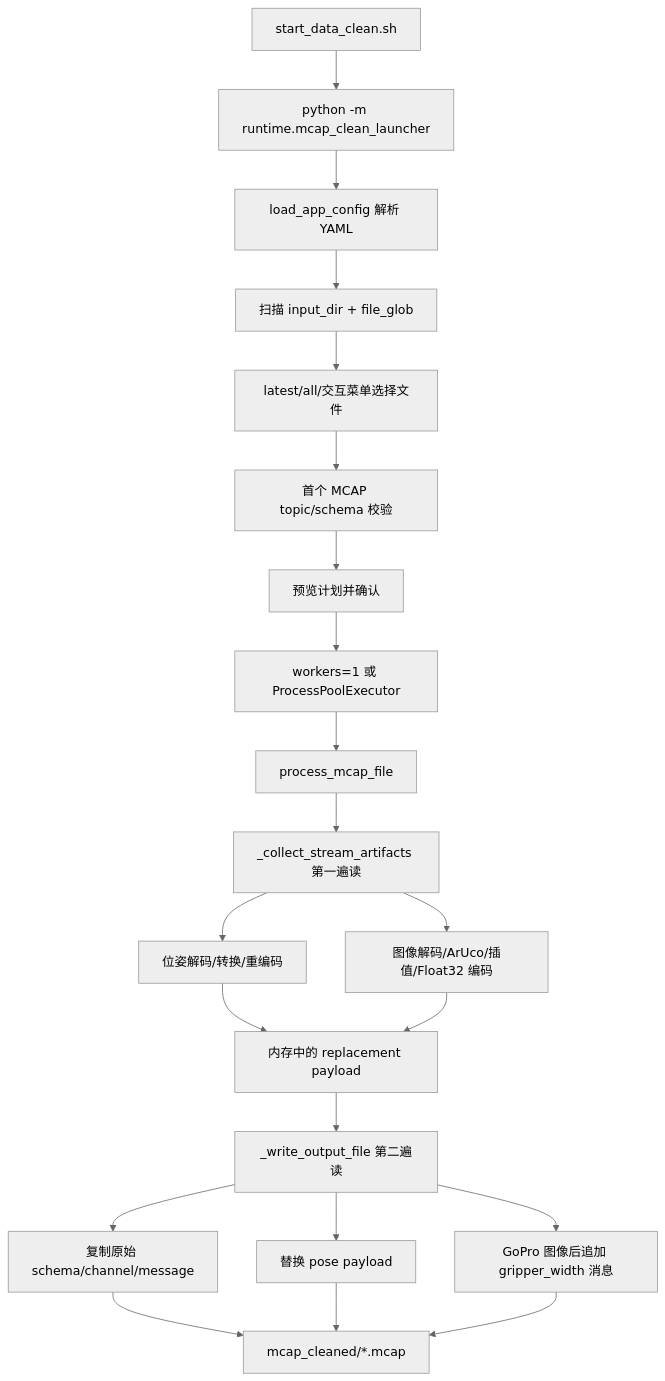
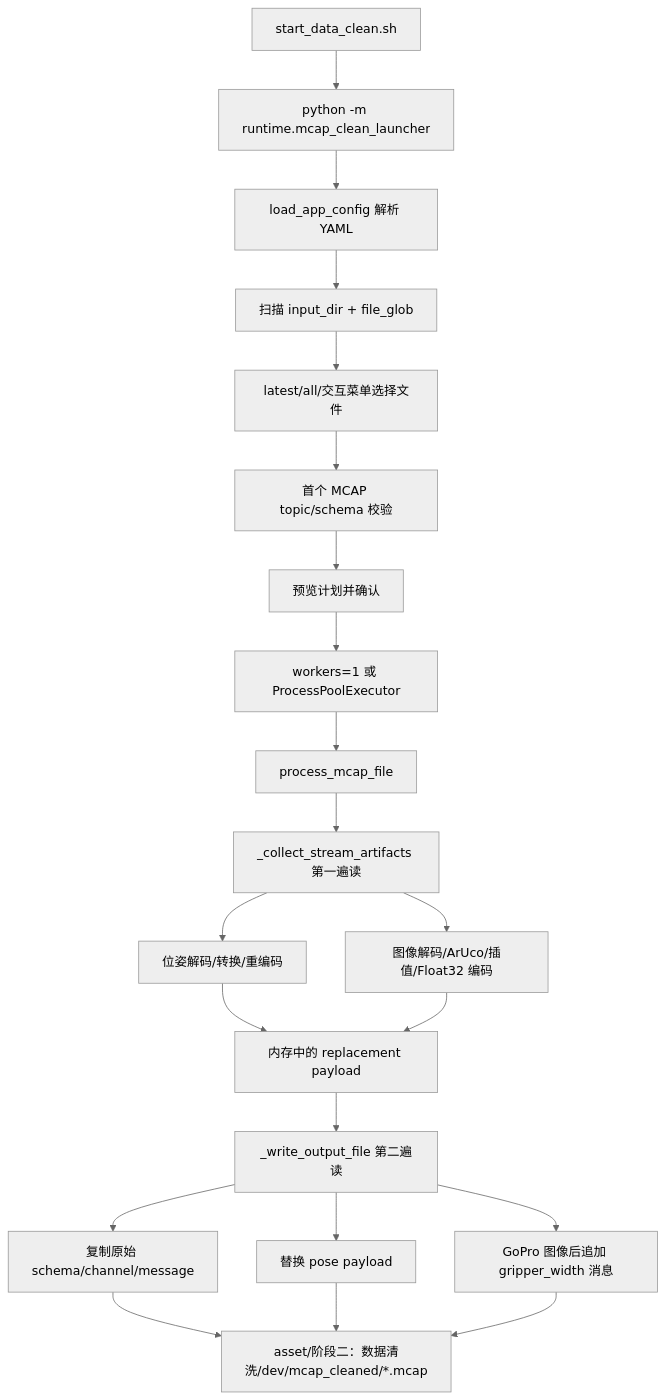
The diagram in src/data_clean/data_clean_architecture.md (jack-z36/ROS), drawn with Mermaid (neutral theme) before and after one commit. The commit also changed other lines of this file and 48 other files, not shown here.

````diff
--- a/src/data_clean/data_clean_architecture.md
+++ b/src/data_clean/data_clean_architecture.md
@@ -52,23 +54,23 @@
 ```mermaid
 flowchart TD
   CMD[start_data_clean.sh] --> PY[python -m runtime.mcap_clean_launcher]
   PY --> CFG[load_app_config 解析 YAML]
   CFG --> FILES[扫描 input_dir + file_glob]
   FILES --> SELECT[latest/all/交互菜单选择文件]
   SELECT --> VALID0[首个 MCAP topic/schema 校验]
   VALID0 --> PLAN[预览计划并确认]
   PLAN --> WORKERS[workers=1 或 ProcessPoolExecutor]
   WORKERS --> ONE[process_mcap_file]
   ONE --> PASS1[_collect_stream_artifacts 第一遍读]
   PASS1 --> POSE[位姿解码/转换/重编码]
   PASS1 --> GRIP[图像解码/ArUco/插值/Float32 编码]
   POSE --> ART[内存中的 replacement payload]
   GRIP --> ART
   ART --> PASS2[_write_output_file 第二遍读]
   PASS2 --> COPY[复制原始 schema/channel/message]
   PASS2 --> REPLACE[替换 pose payload]
   PASS2 --> ADD[GoPro 图像后追加 gripper_width 消息]
-  COPY --> OUT[mcap_cleaned/*.mcap]
+  COPY --> OUT[asset/阶段二：数据清洗/dev/mcap_cleaned/*.mcap]
   REPLACE --> OUT
   ADD --> OUT
 ```
````
